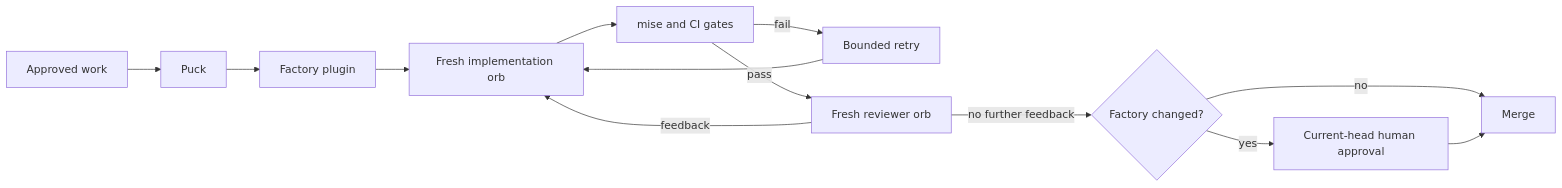
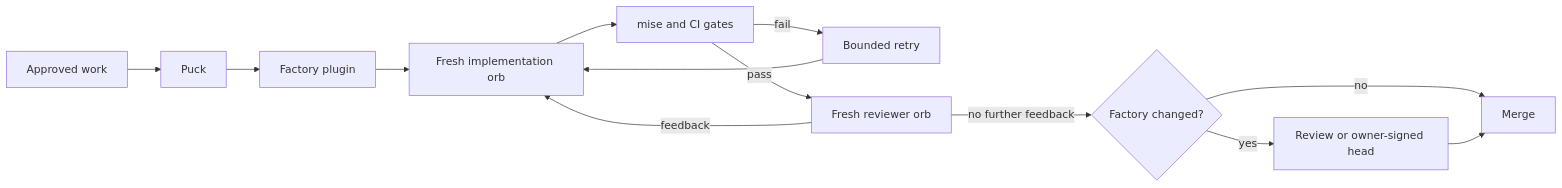
Before and after one commit to nateberkopec/mcp-deadmansnitch: the first of 2 diagrams in docs/factory/readme.md, drawn with Mermaid. The commit also changed other lines of this file and 3 other files, not shown here.

Commit message:
fix: allow owner signatures for factory approval

````diff
--- a/docs/factory/readme.md
+++ b/docs/factory/readme.md
@@ -7,15 +7,15 @@
 ```mermaid
 flowchart LR
     H[Approved work] --> C[Puck]
     C --> P[Factory plugin]
     P --> A[Fresh implementation orb]
     A --> G[mise and CI gates]
     G -->|fail| R[Bounded retry]
     R --> A
     G -->|pass| V[Fresh reviewer orb]
     V -->|feedback| A
     V -->|no further feedback| F{Factory changed?}
     F -->|no| M[Merge]
-    F -->|yes| U[Current-head human approval]
+    F -->|yes| U[Review or owner-signed head]
     U --> M
 ```
````
